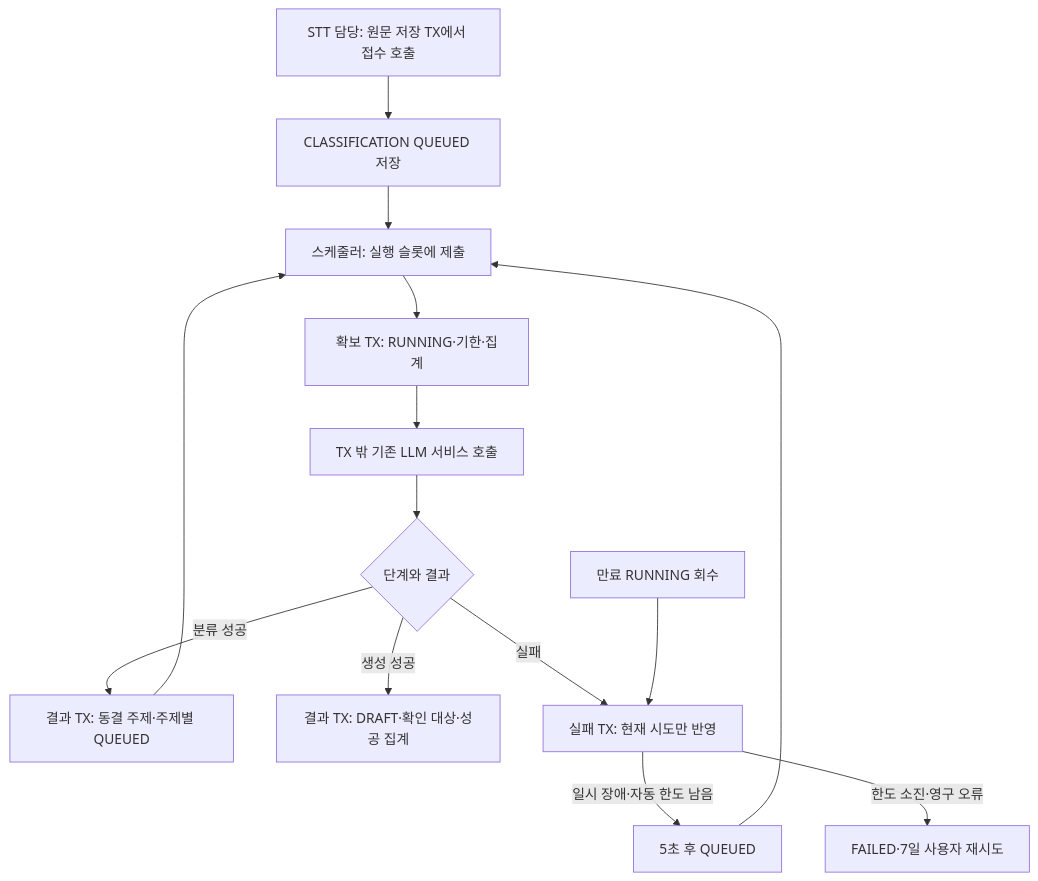
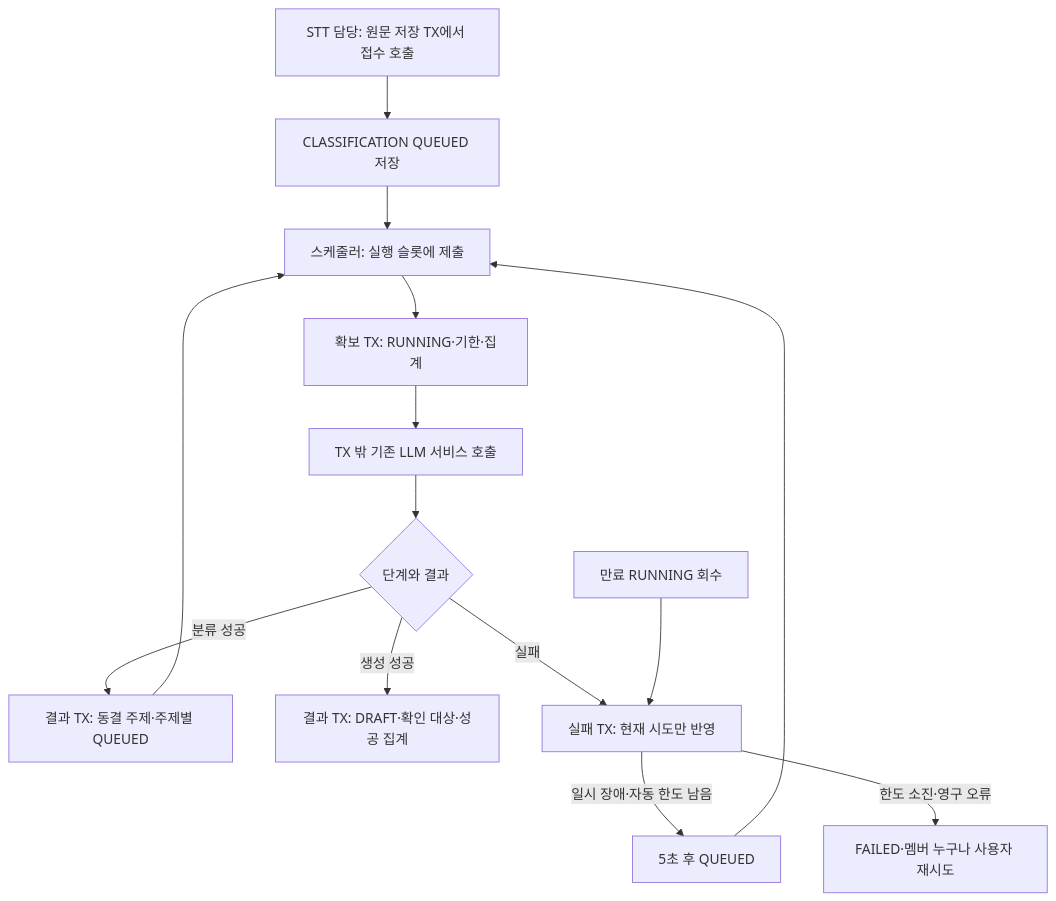
Before and after one commit to woowacourse-teams/2026-knot: the diagram in backend/docs/document-generation-worker.md, drawn with Mermaid. The commit also changed other lines of this file and 4 other files, not shown here.

````diff
--- a/backend/docs/document-generation-worker.md
+++ b/backend/docs/document-generation-worker.md
@@ -56,16 +56,16 @@
 ```mermaid
 flowchart TD
     A[STT 담당: 원문 저장 TX에서 접수 호출] --> B[CLASSIFICATION QUEUED 저장]
     B --> C[스케줄러: 실행 슬롯에 제출]
     C --> D[확보 TX: RUNNING·기한·집계]
     D --> E[TX 밖 기존 LLM 서비스 호출]
     E --> F{단계와 결과}
     F -->|분류 성공| G[결과 TX: 동결 주제·주제별 QUEUED]
     G --> C
     F -->|생성 성공| H[결과 TX: DRAFT·확인 대상·성공 집계]
     F -->|실패| I[실패 TX: 현재 시도만 반영]
     I -->|일시 장애·자동 한도 남음| J[5초 후 QUEUED]
     J --> C
-    I -->|한도 소진·영구 오류| K[FAILED·7일 사용자 재시도]
+    I -->|한도 소진·영구 오류| K[FAILED·멤버 누구나 사용자 재시도]
     L[만료 RUNNING 회수] --> I
 ```
````
